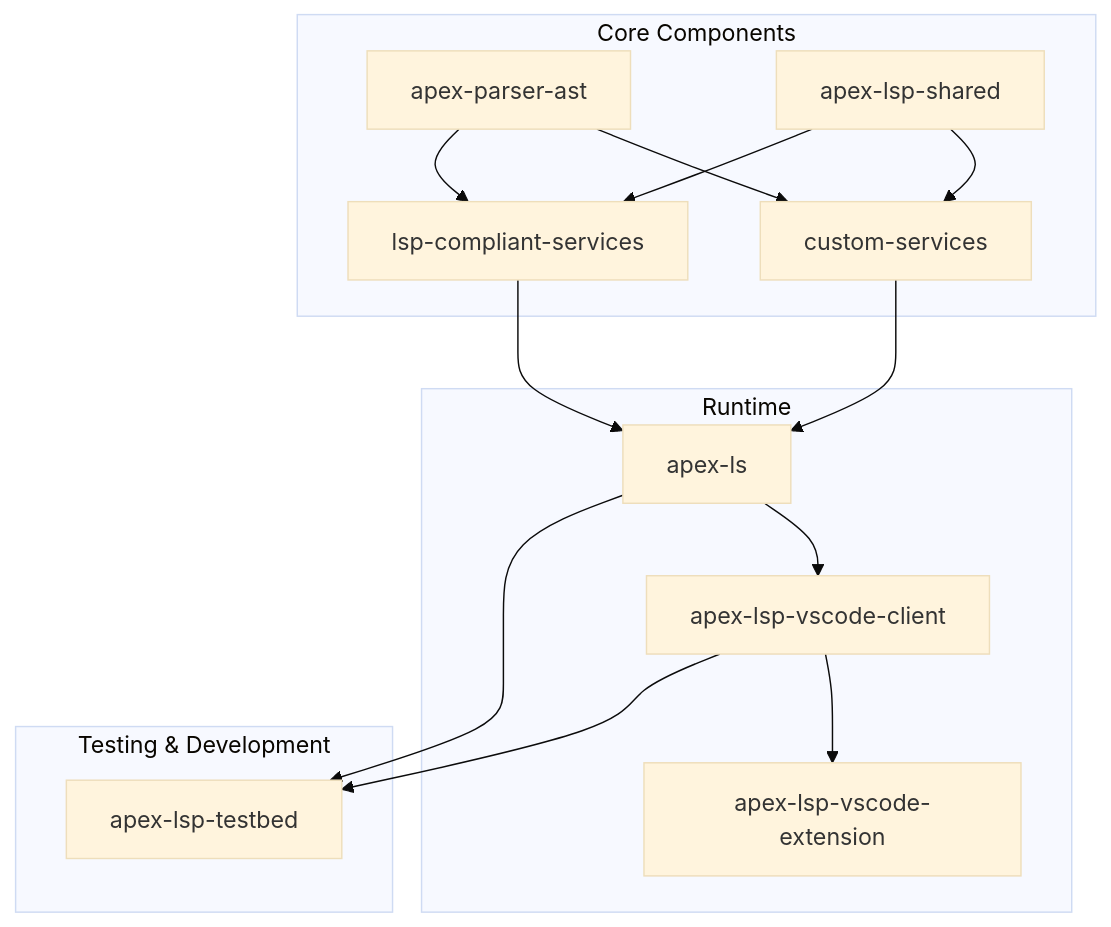
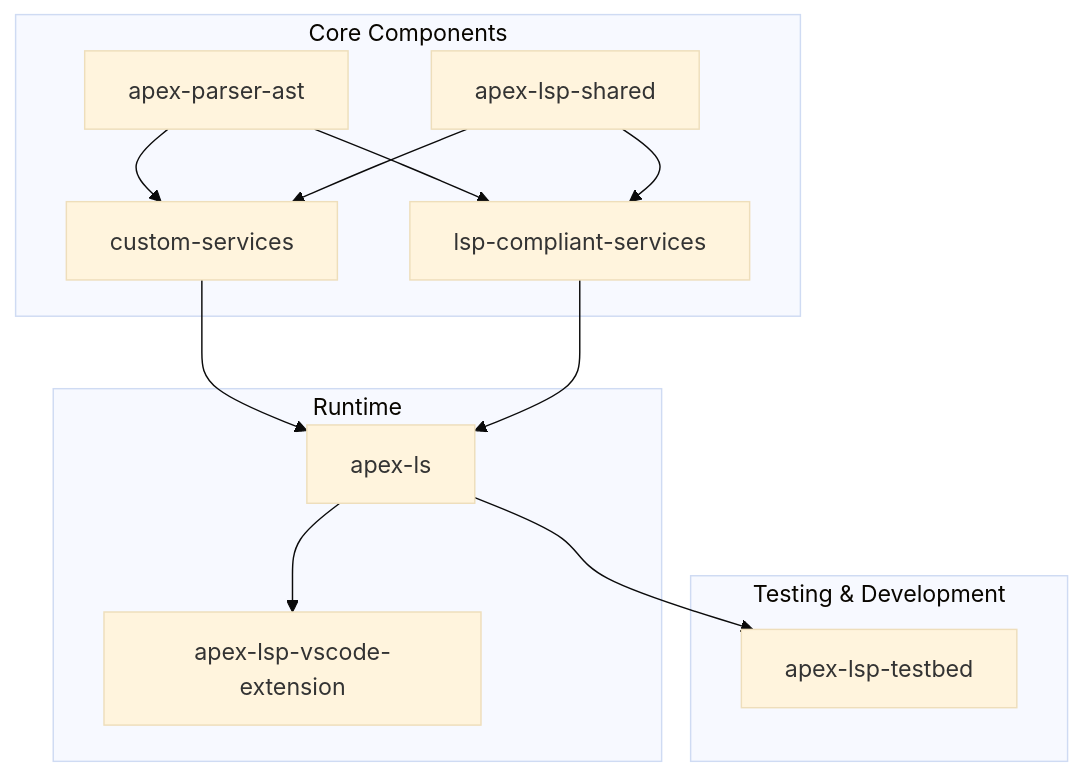
Before and after one commit to forcedotcom/apex-language-support: the diagram in README.md, drawn with Mermaid (base theme). The commit also changed other lines of this file and 10 other files, not shown here.

````diff
--- a/README.md
+++ b/README.md
@@ -11,35 +11,32 @@
 ```mermaid
 graph TD
     subgraph "Core Components"
         apex-parser-ast[apex-parser-ast]
         custom-services[custom-services]
         lsp-compliant-services[lsp-compliant-services]
         apex-lsp-shared[apex-lsp-shared]
     end
 
     subgraph "Runtime"
         apex-ls[apex-ls]
         apex-lsp-vscode-extension[apex-lsp-vscode-extension]
-        apex-lsp-vscode-client[apex-lsp-vscode-client]
     end
 
     subgraph "Testing & Development"
         apex-lsp-testbed[apex-lsp-testbed]
     end
 
     %% Core dependencies
     apex-parser-ast --> custom-services
     apex-parser-ast --> lsp-compliant-services
     apex-lsp-shared --> custom-services
     apex-lsp-shared --> lsp-compliant-services
 
     %% Runtime implementation
     custom-services --> apex-ls
     lsp-compliant-services --> apex-ls
-    apex-ls --> apex-lsp-vscode-client
-    apex-lsp-vscode-client --> apex-lsp-vscode-extension
+    apex-ls --> apex-lsp-vscode-extension
 
     %% Testing dependencies
     apex-ls --> apex-lsp-testbed
-    apex-lsp-vscode-client --> apex-lsp-testbed
 ```
````
